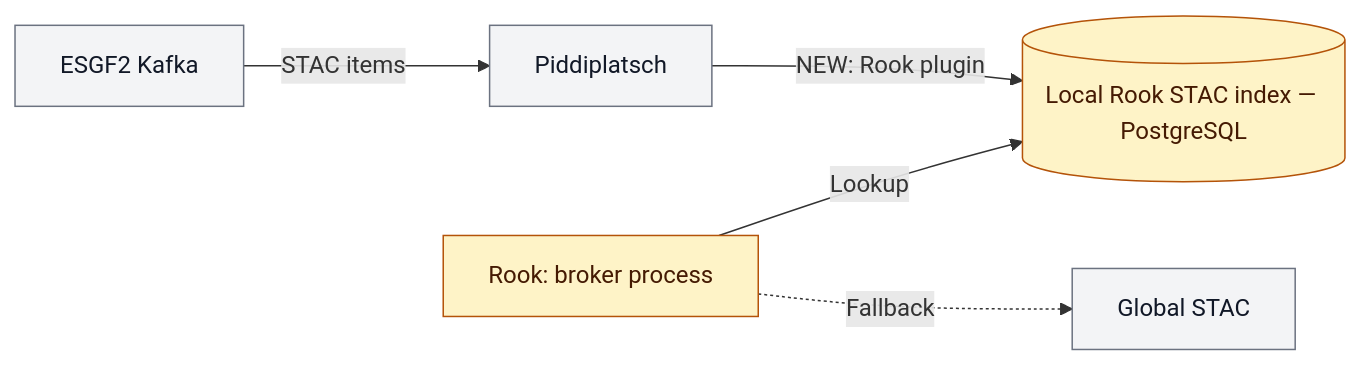
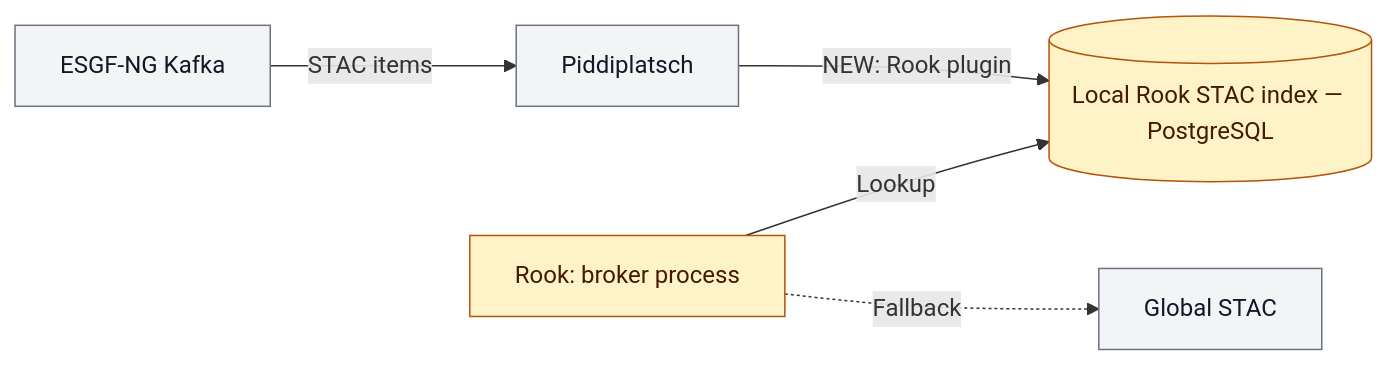
Before and after one commit to roocs/rook: the fifth of 11 diagrams in Rook_WPS_ESGF2_talk_draft.md, drawn with Mermaid. The commit also changed other lines of this file and 2 other files, not shown here.

First line of the commit message:
Update slides ESGF-NG (#384)

````diff
--- a/Rook_WPS_ESGF2_talk_draft.md
+++ b/Rook_WPS_ESGF2_talk_draft.md
@@ -189,11 +219,11 @@
 ```mermaid
 flowchart LR
-    Kafka["ESGF2 Kafka"] -->|"STAC items"| Piddi["Piddiplatsch"]
+    Kafka["ESGF-NG Kafka"] -->|"STAC items"| Piddi["Piddiplatsch"]
     Piddi -->|"NEW: Rook plugin"| Index[("Local Rook STAC index — PostgreSQL")]
     Broker["Rook: broker process"] -->|"Lookup"| Index
     Broker -.->|"Fallback"| STAC["Global STAC"]
     classDef default fill:#f3f4f6,stroke:#6b7280,color:#111827
     classDef rook fill:#dbeafe,stroke:#2563eb,color:#172554
     classDef new fill:#fef3c7,stroke:#b45309,color:#451a03
     class Broker,Index new
 ```
````
